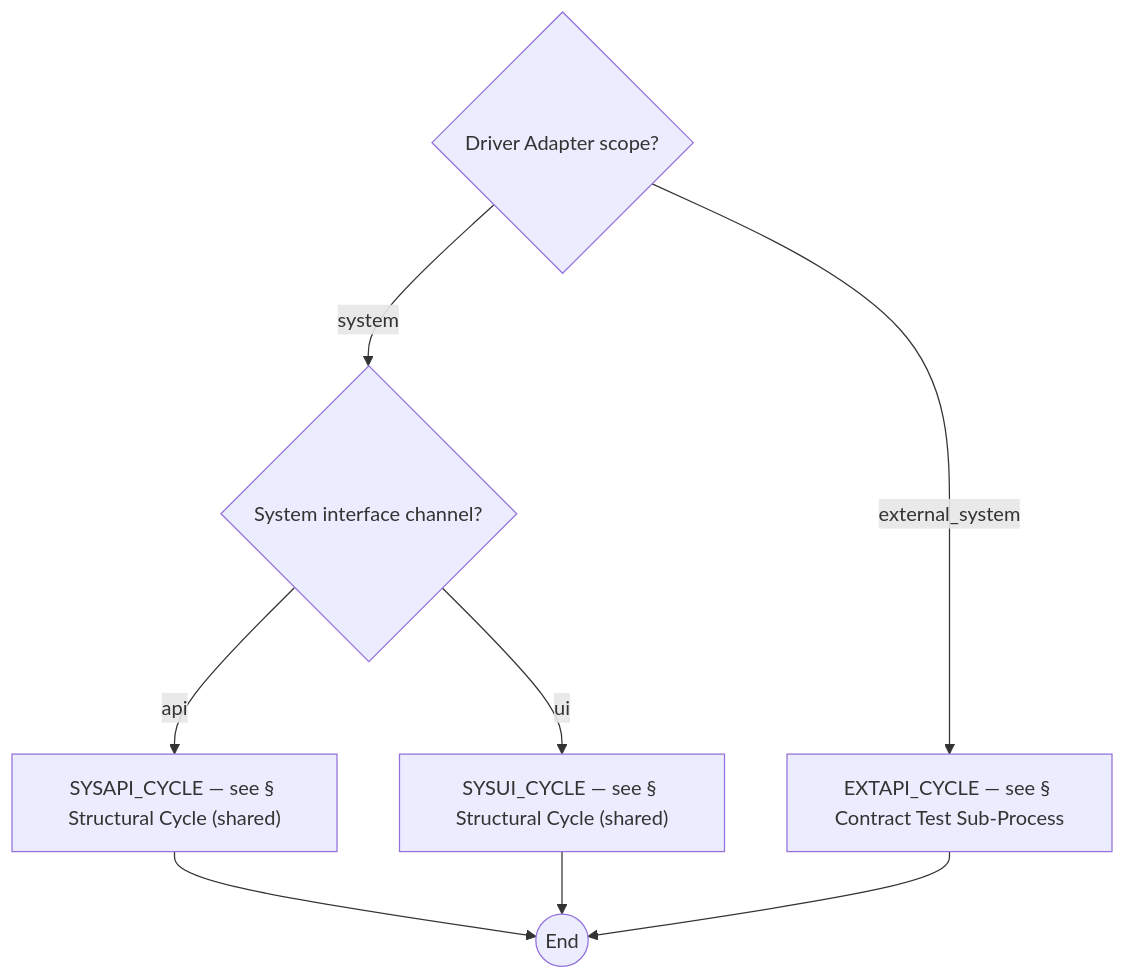
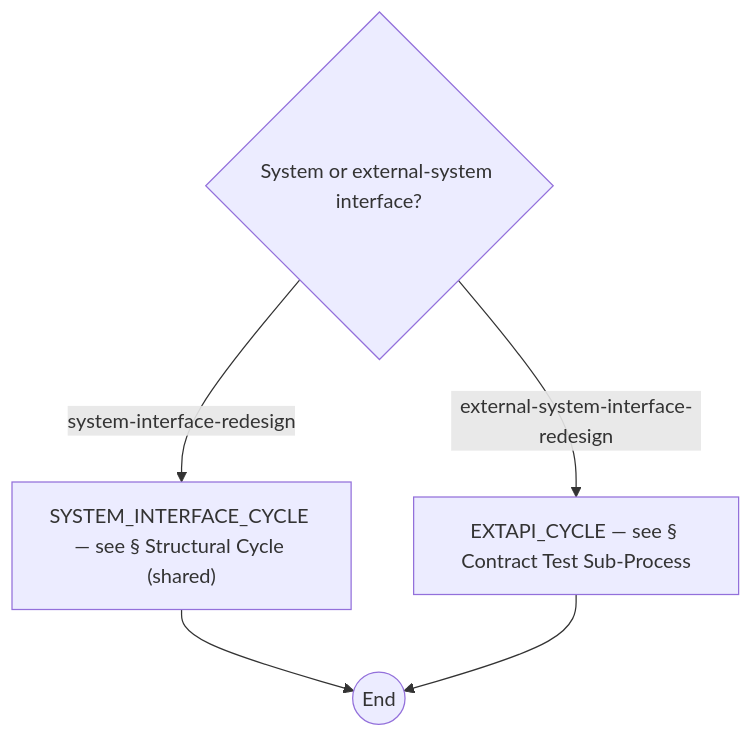
Diagram 11 of 12 in docs/process-diagram.md (optivem/gh-optivem), drawn with Mermaid before and after one commit. The commit also changed other lines of this file and 27 other files, not shown here.

````diff
--- a/docs/process-diagram.md
+++ b/docs/process-diagram.md
@@ -276,17 +267,12 @@
 ```mermaid
 flowchart TD
     DA_END((End))
     EXTAPI_CYCLE[EXTAPI_CYCLE — see § Contract Test Sub-Process]
-    GATE_CHANGE_CHANNEL{System interface channel?}
-    GATE_CHANGE_SCOPE{Driver Adapter scope?}
-    SYSAPI_CYCLE["SYSAPI_CYCLE — see § Structural Cycle (shared)"]
-    SYSUI_CYCLE["SYSUI_CYCLE — see § Structural Cycle (shared)"]
+    GATE_SUBTYPE{System or external-system interface?}
+    SYSTEM_INTERFACE_CYCLE["SYSTEM_INTERFACE_CYCLE — see § Structural Cycle (shared)"]
 
-    GATE_CHANGE_SCOPE -- system --> GATE_CHANGE_CHANNEL
-    GATE_CHANGE_SCOPE -- external_system --> EXTAPI_CYCLE
-    GATE_CHANGE_CHANNEL -- api --> SYSAPI_CYCLE
-    GATE_CHANGE_CHANNEL -- ui --> SYSUI_CYCLE
-    SYSAPI_CYCLE --> DA_END
-    SYSUI_CYCLE --> DA_END
+    GATE_SUBTYPE -- system-interface-redesign --> SYSTEM_INTERFACE_CYCLE
+    GATE_SUBTYPE -- external-system-interface-redesign --> EXTAPI_CYCLE
+    SYSTEM_INTERFACE_CYCLE --> DA_END
     EXTAPI_CYCLE --> DA_END
 ```
````
